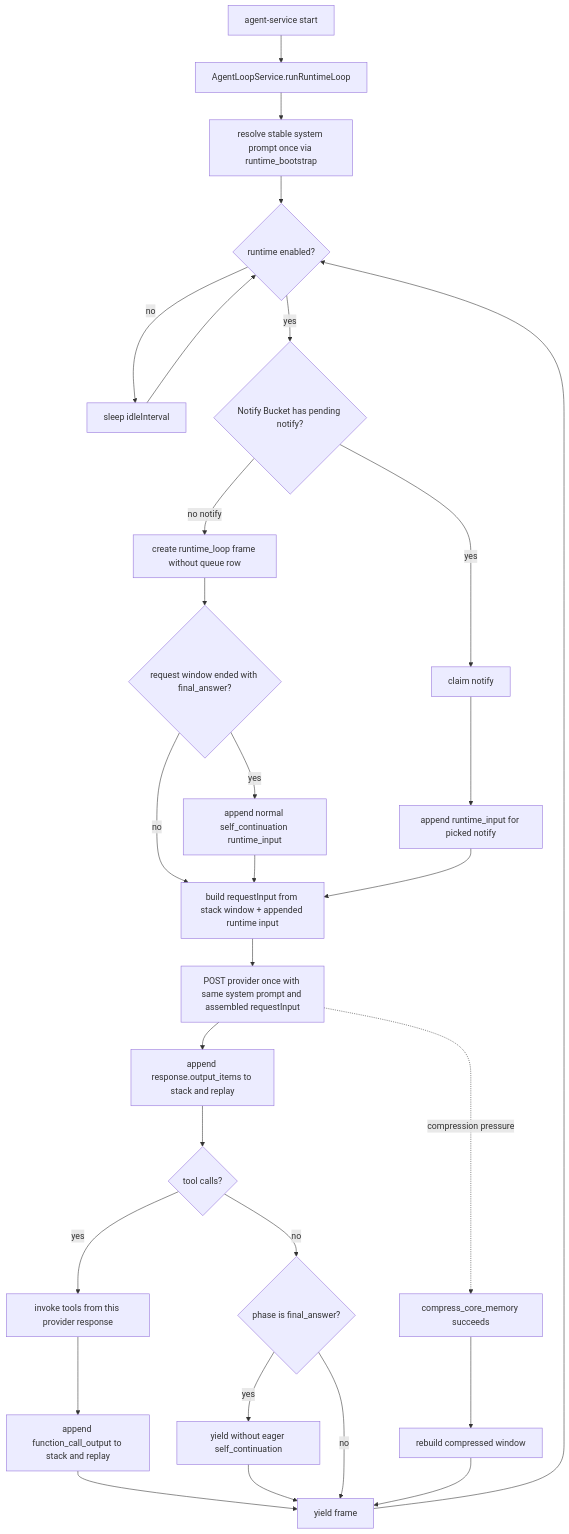
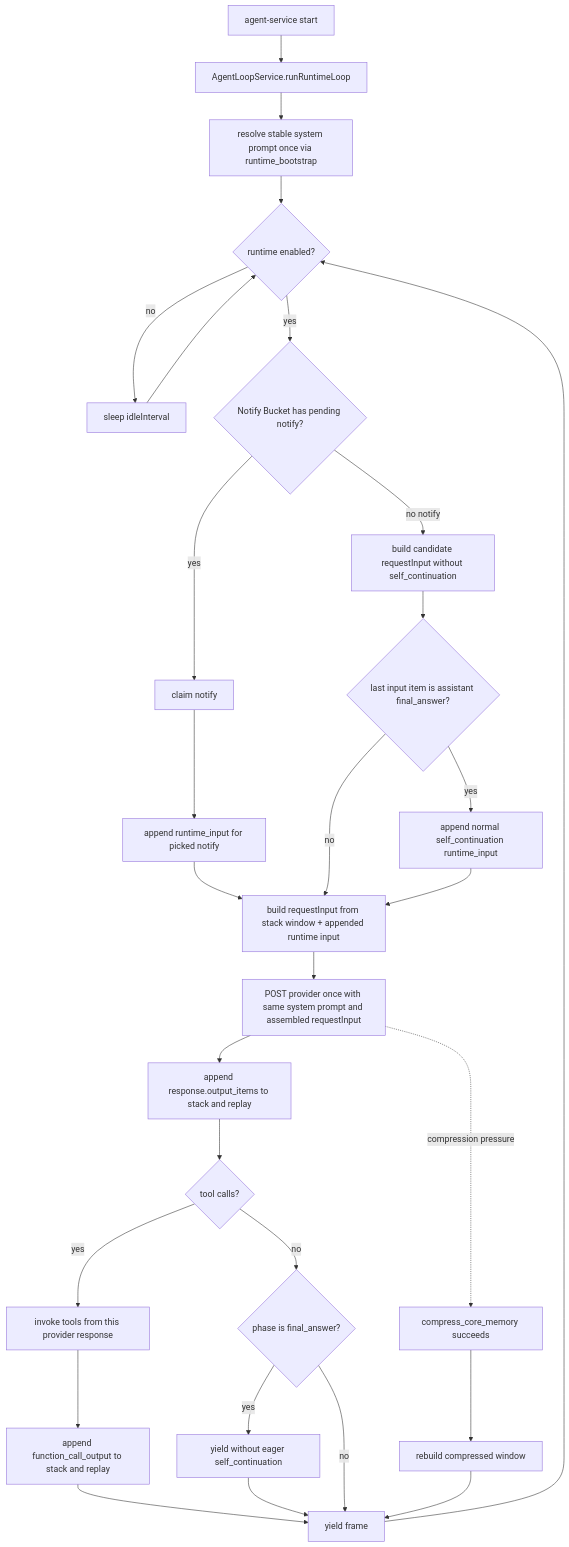
One commit to Hei-AI/xiaoni_cc changed the diagram in docs/XIAONI_AGENT_STACK_LEDGER.md. Above: the diagram before and after it, drawn with Mermaid. The commit also changed other lines of this file and 9 other files, not shown here.

Commit message:
fix: append self continuation only after final answer tail

````diff
--- a/docs/XIAONI_AGENT_STACK_LEDGER.md
+++ b/docs/XIAONI_AGENT_STACK_LEDGER.md
@@ -37,31 +39,31 @@
 ```mermaid
 flowchart TD
   A[agent-service start] --> B[AgentLoopService.runRuntimeLoop]
   B --> C[resolve stable system prompt once via runtime_bootstrap]
   C --> D{runtime enabled?}
   D -- no --> E[sleep idleInterval]
   E --> D
   D -- yes --> F{Notify Bucket has pending notify?}
   F -- yes --> G[claim notify]
-  F -- no notify --> I[create runtime_loop frame without queue row]
+  F -- no notify --> I[build candidate requestInput without self_continuation]
   G --> J[append runtime_input for picked notify]
-  I --> Q{request window ended with final_answer?}
+  J --> K[build requestInput from stack window + appended runtime input]
+  I --> Q{last input item is assistant final_answer?}
   Q -- yes --> W[append normal self_continuation runtime_input]
   Q -- no --> K
   W --> K
-  J --> K[build requestInput from stack window + appended runtime input]
   K --> L[POST provider once with same system prompt and assembled requestInput]
   L --> M[append response.output_items to stack and replay]
   M --> N{tool calls?}
   N -- yes --> O[invoke tools from this provider response]
   O --> P[append function_call_output to stack and replay]
   P --> V[yield frame]
   N -- no --> R{phase is final_answer?}
   R -- yes --> S[yield without eager self_continuation]
   S --> V
   R -- no --> V
   V --> D
   L -. compression pressure .-> T[compress_core_memory succeeds]
   T --> U[rebuild compressed window]
   U --> V
 ```
````
